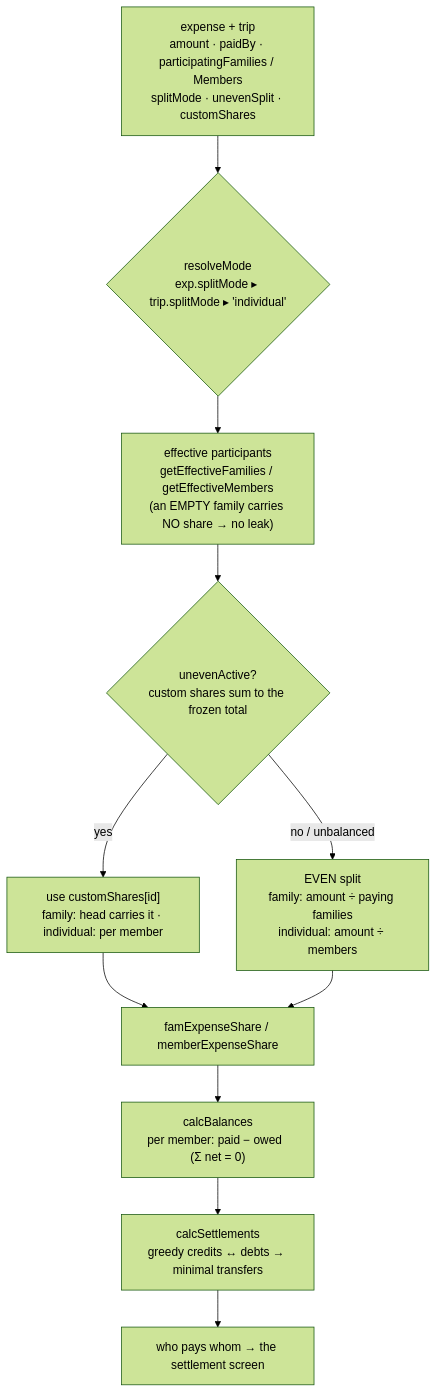
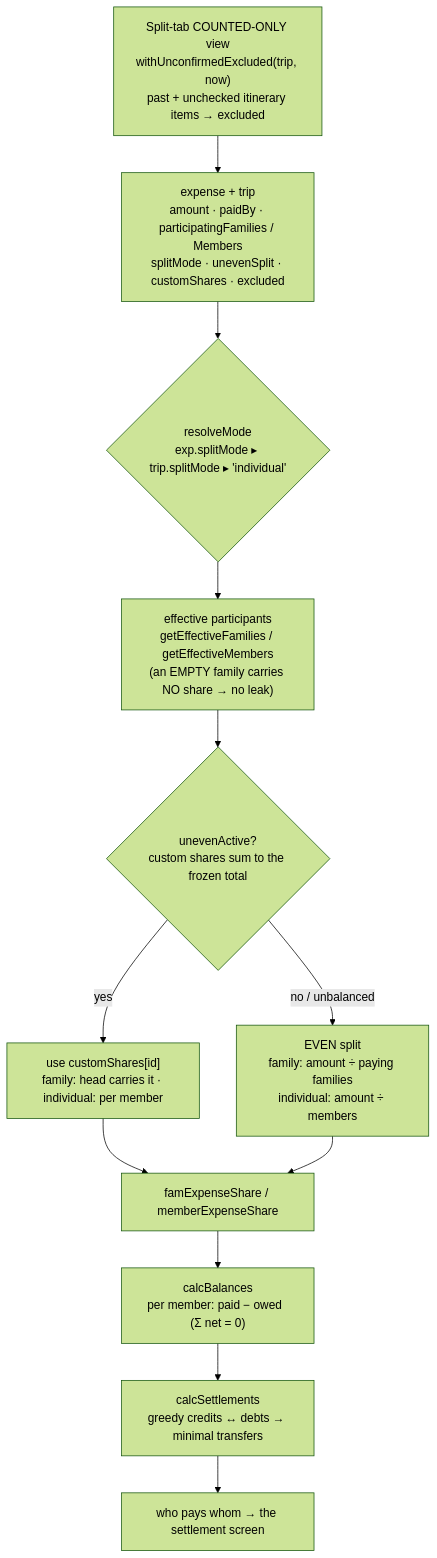
One commit to soumyabal/voyoraapp changed the third of 3 diagrams in docs/rule-engine.md. Above: the diagram before and after it, drawn with Mermaid (forest theme). The commit also changed other lines of this file and 1 other file, not shown here.

First line of the commit message:
docs(split): document auto-exclude-until-checked + the counted-only view

````diff
--- a/docs/rule-engine.md
+++ b/docs/rule-engine.md
@@ -100,14 +100,15 @@
 ```mermaid
 flowchart TD
-  inp["expense + trip<br/>amount · paidBy · participatingFamilies / Members<br/>splitMode · unevenSplit · customShares"]
+  view["Split-tab COUNTED-ONLY view<br/>withUnconfirmedExcluded(trip, now)<br/>past + unchecked itinerary items → excluded"]
+  view --> inp["expense + trip<br/>amount · paidBy · participatingFamilies / Members<br/>splitMode · unevenSplit · customShares · excluded"]
   inp --> rm{"resolveMode<br/>exp.splitMode ▸ trip.splitMode ▸ 'individual'"}
   rm --> ef["effective participants<br/>getEffectiveFamilies / getEffectiveMembers<br/>(an EMPTY family carries NO share → no leak)"]
   ef --> un{"unevenActive?<br/>custom shares sum to the frozen total"}
   un -->|"yes"| cs["use customShares[id]<br/>family: head carries it · individual: per member"]
   un -->|"no / unbalanced"| ev["EVEN split<br/>family: amount ÷ paying families<br/>individual: amount ÷ members"]
   cs --> sh["famExpenseShare / memberExpenseShare"]
   ev --> sh
   sh --> bal["calcBalances<br/>per member: paid − owed  (Σ net = 0)"]
   bal --> set["calcSettlements<br/>greedy credits ↔ debts → minimal transfers"]
   set --> out["who pays whom → the settlement screen"]
 ```
````
